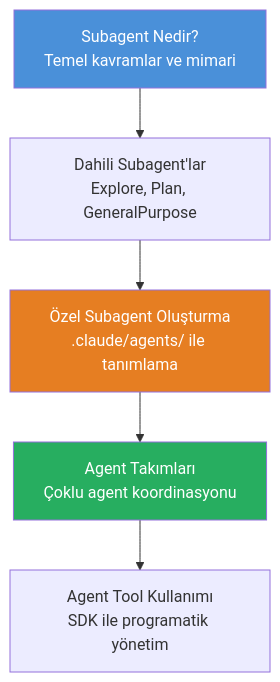
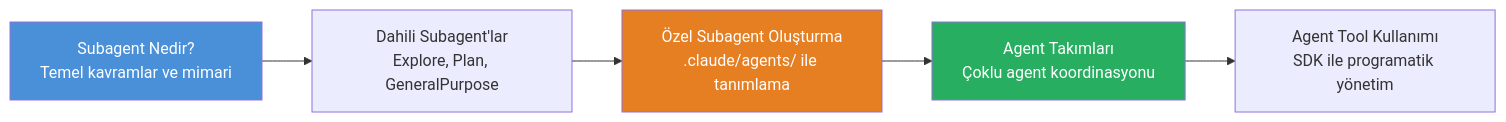
One commit to IzzetYasinAtes/ClaudeCodeHandbook changed the first of 2 diagrams in 13-subagentlar-ve-agent-takimlari/README.md. Above: the diagram before and after it, drawn with Mermaid. The commit also changed 145 other files, not shown here.

Commit message:
Updated README and various markdown files to enhance readability by replacing newline characters with HTML line breaks in flowcharts and diagrams. This improves the visual presentation of content related to AI fundamentals, large language models, and their applications.

````diff
--- a/13-subagentlar-ve-agent-takimlari/README.md
+++ b/13-subagentlar-ve-agent-takimlari/README.md
@@ -7,11 +7,11 @@
 ```mermaid
-flowchart TD
-    A["Subagent Nedir?\nTemel kavramlar ve mimari"] --> B["Dahili Subagent'lar\nExplore, Plan, GeneralPurpose"]
-    B --> C["Özel Subagent Oluşturma\n.claude/agents/ ile tanımlama"]
-    C --> D["Agent Takımları\nÇoklu agent koordinasyonu"]
-    D --> E["Agent Tool Kullanımı\nSDK ile programatik yönetim"]
+flowchart LR
+    A["Subagent Nedir?<br/>Temel kavramlar ve mimari"] --> B["Dahili Subagent'lar<br/>Explore, Plan, GeneralPurpose"]
+    B --> C["Özel Subagent Oluşturma<br/>.claude/agents/ ile tanımlama"]
+    C --> D["Agent Takımları<br/>Çoklu agent koordinasyonu"]
+    D --> E["Agent Tool Kullanımı<br/>SDK ile programatik yönetim"]
 
     style A fill:#4A90D9,color:#fff
     style C fill:#E67E22,color:#fff
     style D fill:#27AE60,color:#fff
 ```
````
